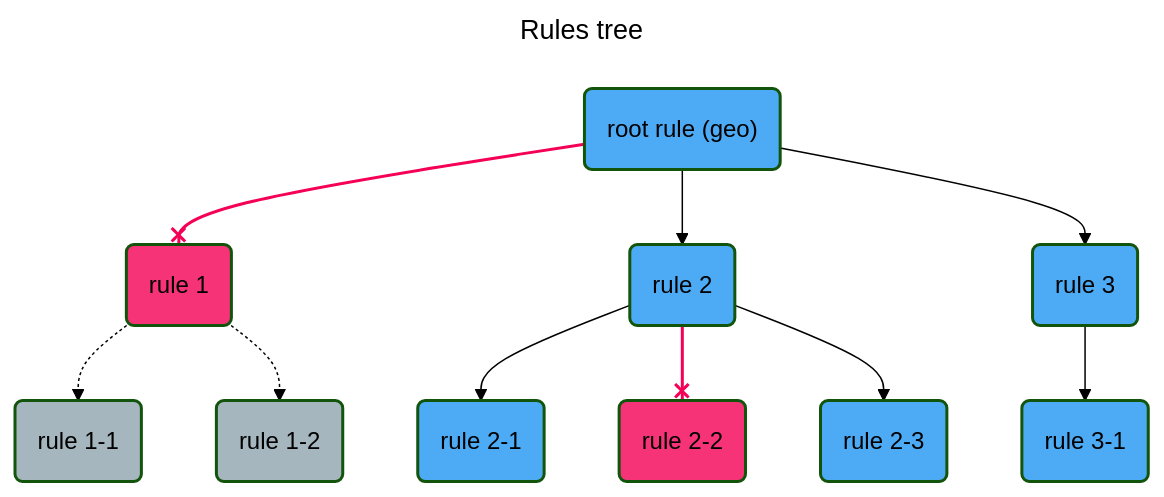
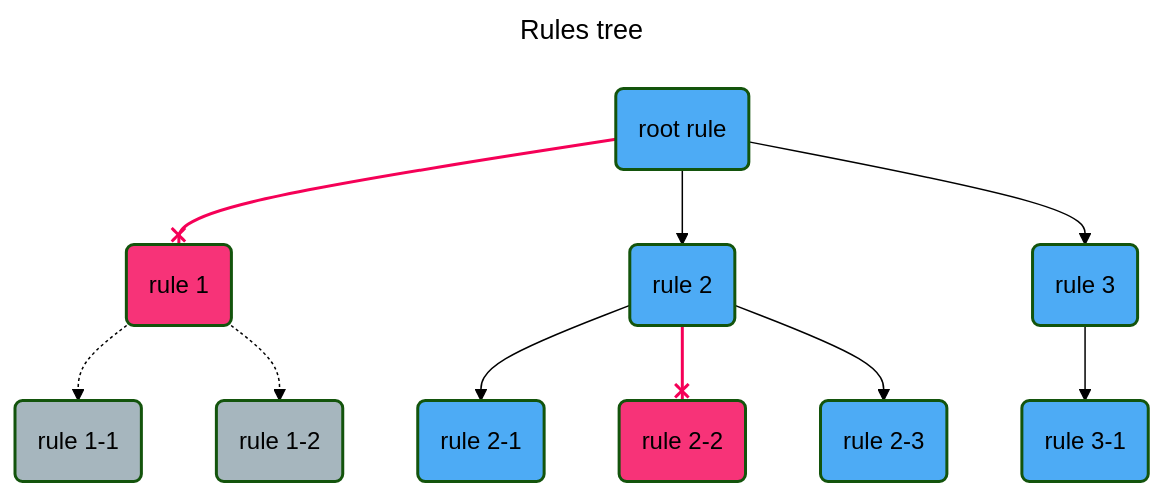
Before and after one commit to wazuh/wazuh: the fifth of 14 diagrams in README.md, drawn with Mermaid (forest theme). The commit also changed other lines of this file, not shown here.

Commit message:
Graphs added

````diff
--- a/README.md
+++ b/README.md
@@ -383,33 +383,33 @@
 ```mermaid
 ---
 title: Rules tree
 ---
 flowchart TD
 
 %% Style
   classDef AssetSuccessClass fill:#2196f3,stroke-width:2px,fill-opacity:0.8
   classDef AssetFailClass fill:#f50057,stroke-width:2px,fill-opacity:0.8
   classDef AssetNotExecutedClass fill:#90a4ae,stroke-width:2px,fill-opacity:0.8
-  ruleR("root rule (geo)") --x rule1("rule 1")
+  ruleR("root rule") --x rule1("rule 1")
   rule1 -.-> rule11("rule 1-1") & rule12("rule 1-2")
   ruleR --> rule2("rule 2")
   rule2 --> rule21("rule 2-1")
   rule2 --x rule22("rule 2-2")
   rule2 --> rule23("rule 2-3")
   ruleR --> rule3("rule 3")
   rule3 --> rule31("rule 3-1")
 
   ruleR:::AssetSuccessClass
   rule1:::AssetFailClass
   rule11:::AssetNotExecutedClass
   rule12:::AssetNotExecutedClass
   rule2:::AssetSuccessClass
   rule21:::AssetSuccessClass
   rule22:::AssetFailClass
   rule23:::AssetSuccessClass
   rule3:::AssetSuccessClass
   rule31:::AssetSuccessClass
   linkStyle 0,5 stroke:#f50057,stroke-width:2px
 
 
 ```
````
